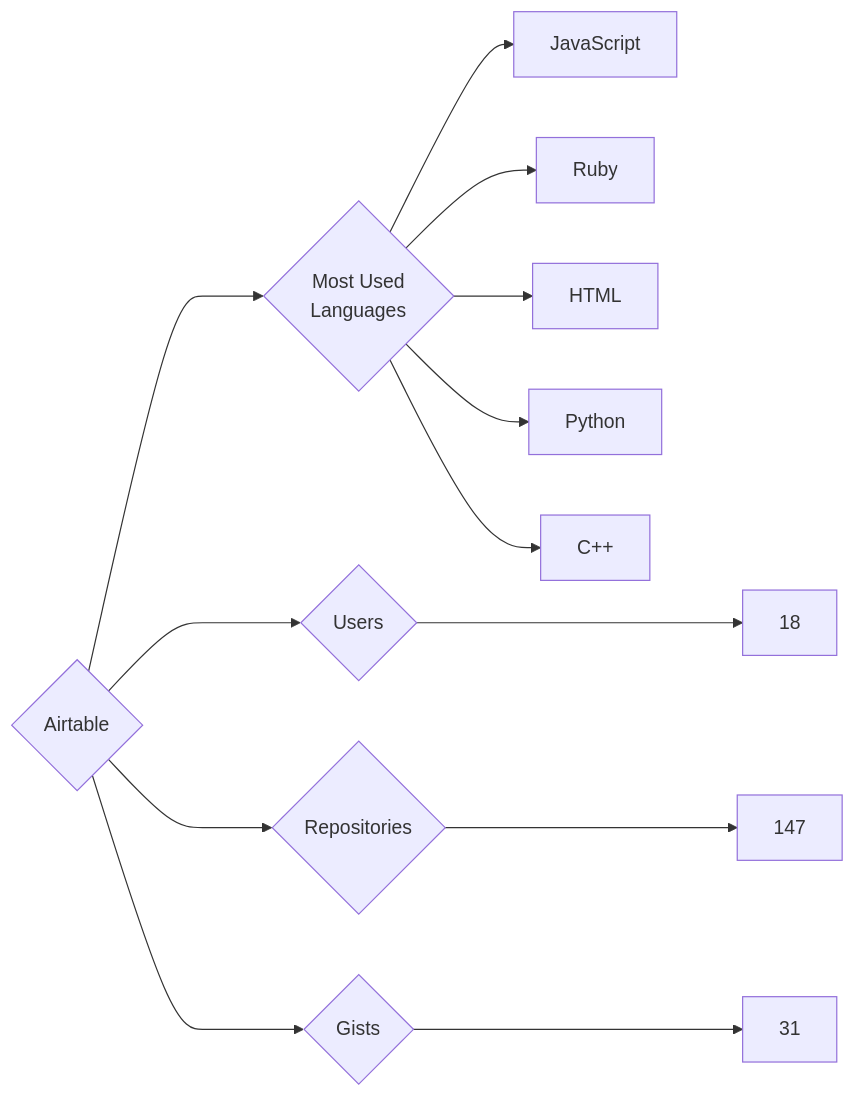
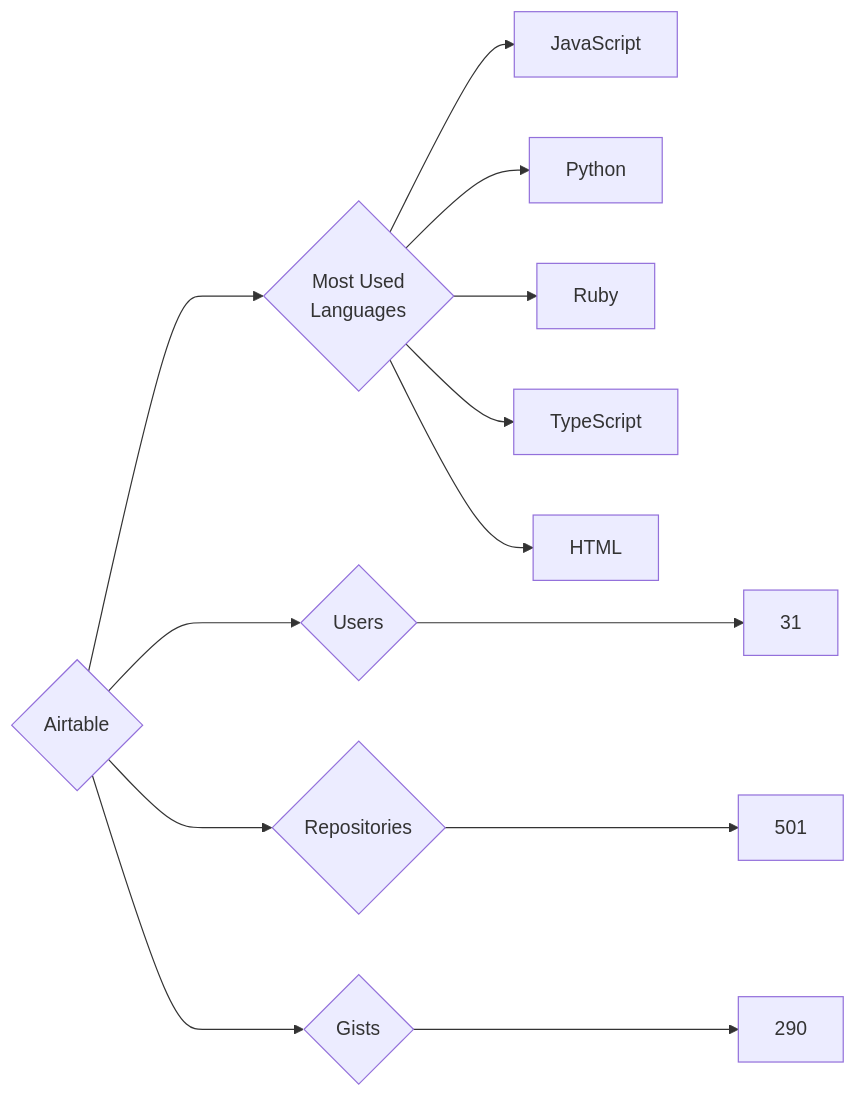
Before and after one commit to trickest/insiders: the diagram in targets/Airtable/README.md, drawn with Mermaid. The commit also changed 935 other files, not shown here.

````diff
--- a/targets/Airtable/README.md
+++ b/targets/Airtable/README.md
@@ -3,13 +3,13 @@
 ```mermaid
 graph LR
 COMPANY_NAME{Airtable}
-COMPANY_NAME ---> U{Users} ---> UN[18]
-COMPANY_NAME ---> R{Repositories} ---> RN[147]
-COMPANY_NAME ---> G{Gists} ---> GN[31]
+COMPANY_NAME ---> U{Users} ---> UN[31]
+COMPANY_NAME ---> R{Repositories} ---> RN[501]
+COMPANY_NAME ---> G{Gists} ---> GN[290]
 COMPANY_NAME ---> ML{Most Used<br>Languages}
 ML --> JavaScript[JavaScript]
+ML --> Python[Python]
 ML --> Ruby[Ruby]
+ML --> TypeScript[TypeScript]
 ML --> HTML[HTML]
-ML --> Python[Python]
-ML --> C++[C++]
 ```
````
